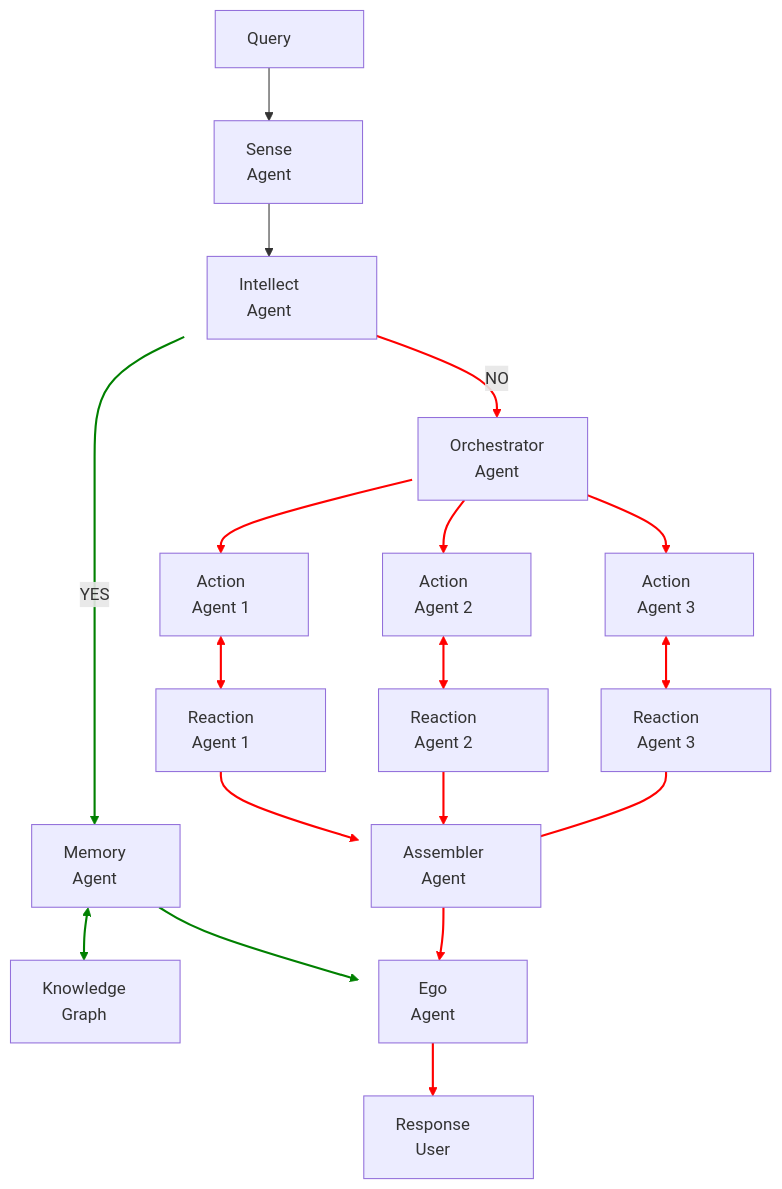
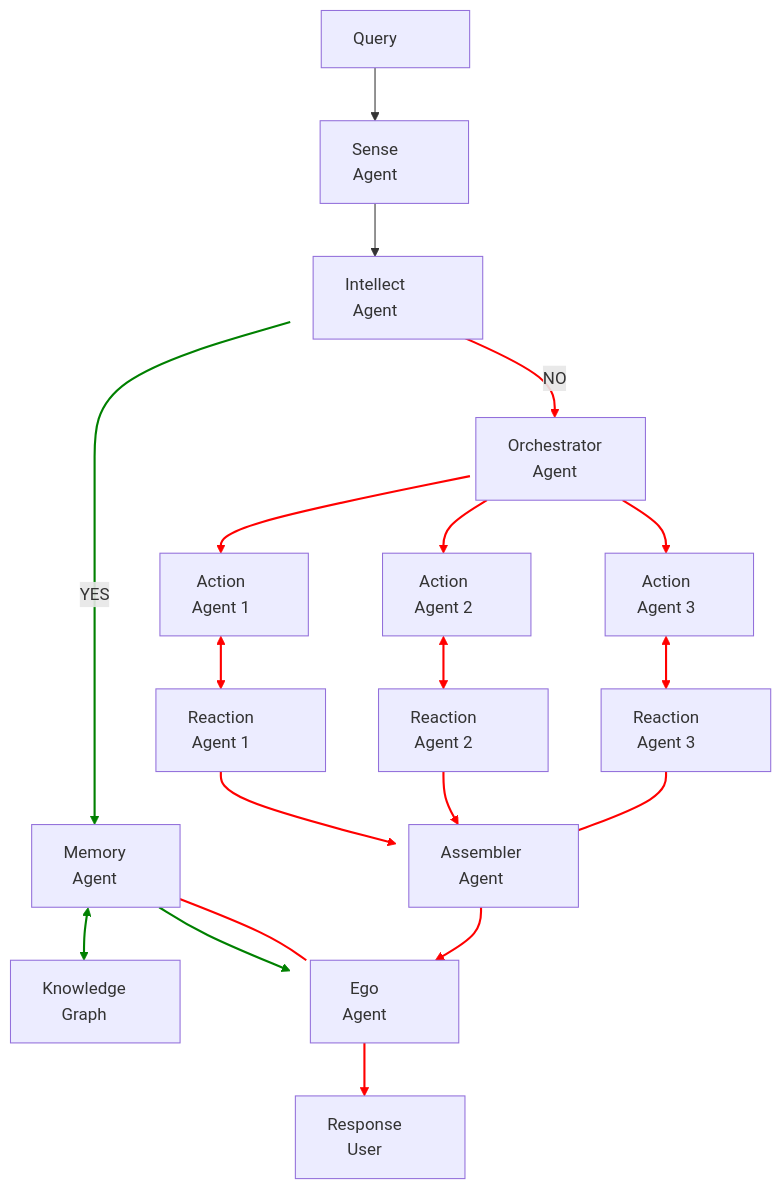
Before and after one commit to Mindverse-Computing/algoverse: the diagram in README.md, drawn with Mermaid.

````diff
--- a/README.md
+++ b/README.md
@@ -78,56 +78,58 @@
 ```mermaid
 graph TD
   A[Query] --> S[Sense<br>Agent]
   S --> I[Intellect<br>Agent]
   I -- YES --> M[Memory<br>Agent]
   M <--> G[Knowledge<br>Graph]
   M --> E[Ego<br>Agent]
   I -- NO --> O[Orchestrator<br>Agent]
   O --> A1[Action<br>Agent 1]
   O --> A2[Action<br>Agent 2]
   O --> A3[Action<br>Agent 3]
   A1 <--> R1[Reaction<br>Agent 1]
   A2 <--> R2[Reaction<br>Agent 2]
   A3 <--> R3[Reaction<br>Agent 3]
   R1 --> AA[Assembler<br>Agent]
   R2 --> AA
   R3 --> AA
   AA --> E
+  E --> M
   E --> U[Response<br>User]
 
   %% Styling green paths (YES path)
   linkStyle 2 stroke:green,stroke-width:2px      
   linkStyle 3 stroke:green,stroke-width:2px      
   linkStyle 4 stroke:green,stroke-width:2px      
 
   %% Styling red paths (NO path)
   linkStyle 5 stroke:red,stroke-width:2px       
   linkStyle 6 stroke:red,stroke-width:2px        
   linkStyle 7 stroke:red,stroke-width:2px        
   linkStyle 8 stroke:red,stroke-width:2px        
   linkStyle 9 stroke:red,stroke-width:2px        
   linkStyle 10 stroke:red,stroke-width:2px       
   linkStyle 11 stroke:red,stroke-width:2px       
   linkStyle 12 stroke:red,stroke-width:2px       
   linkStyle 13 stroke:red,stroke-width:2px       
   linkStyle 14 stroke:red,stroke-width:2px       
   linkStyle 15 stroke:red,stroke-width:2px       
-  linkStyle 16 stroke:red,stroke-width:2px       
+  linkStyle 16 stroke:red,stroke-width:2px
+  linkStyle 17 stroke:red,stroke-width:2px     
 
   %% Force wider node styles to prevent cut-off
   style A width:140px
   style S width:140px
   style I width:160px
   style M width:140px
   style G width:160px
   style E width:140px
   style O width:160px
   style A1 width:140px
   style A2 width:140px
   style A3 width:140px
   style R1 width:160px
   style R2 width:160px
   style R3 width:160px
   style AA width:160px
   style U width:160px          
 ```
````
